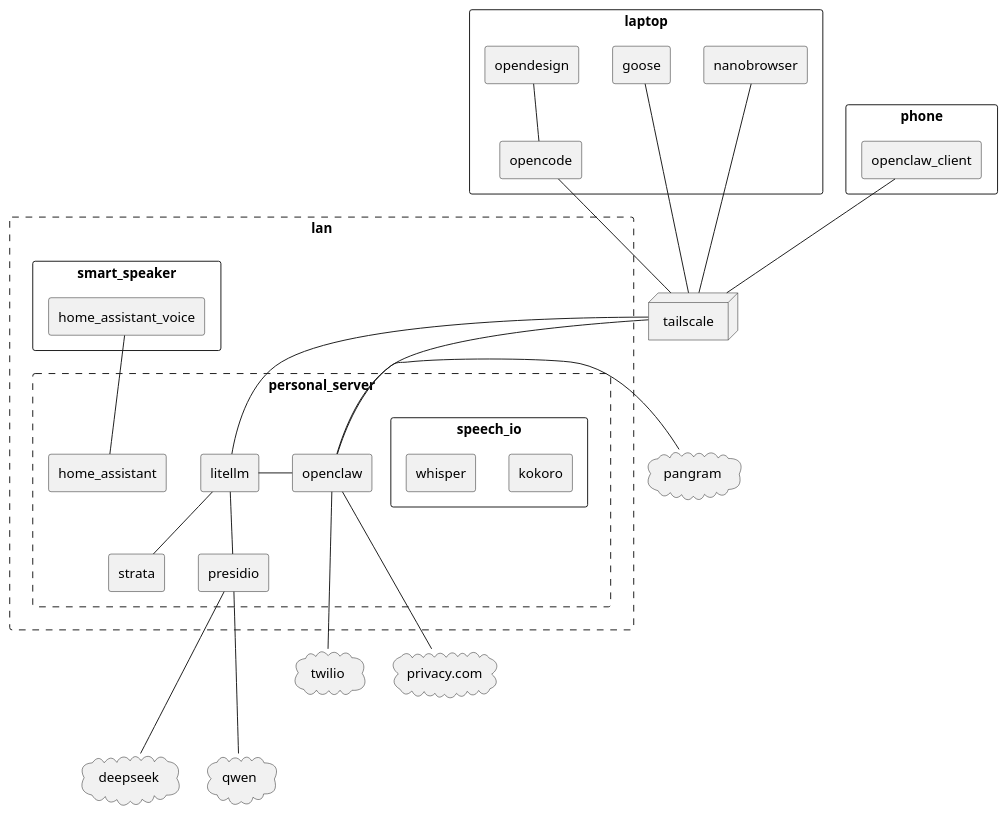
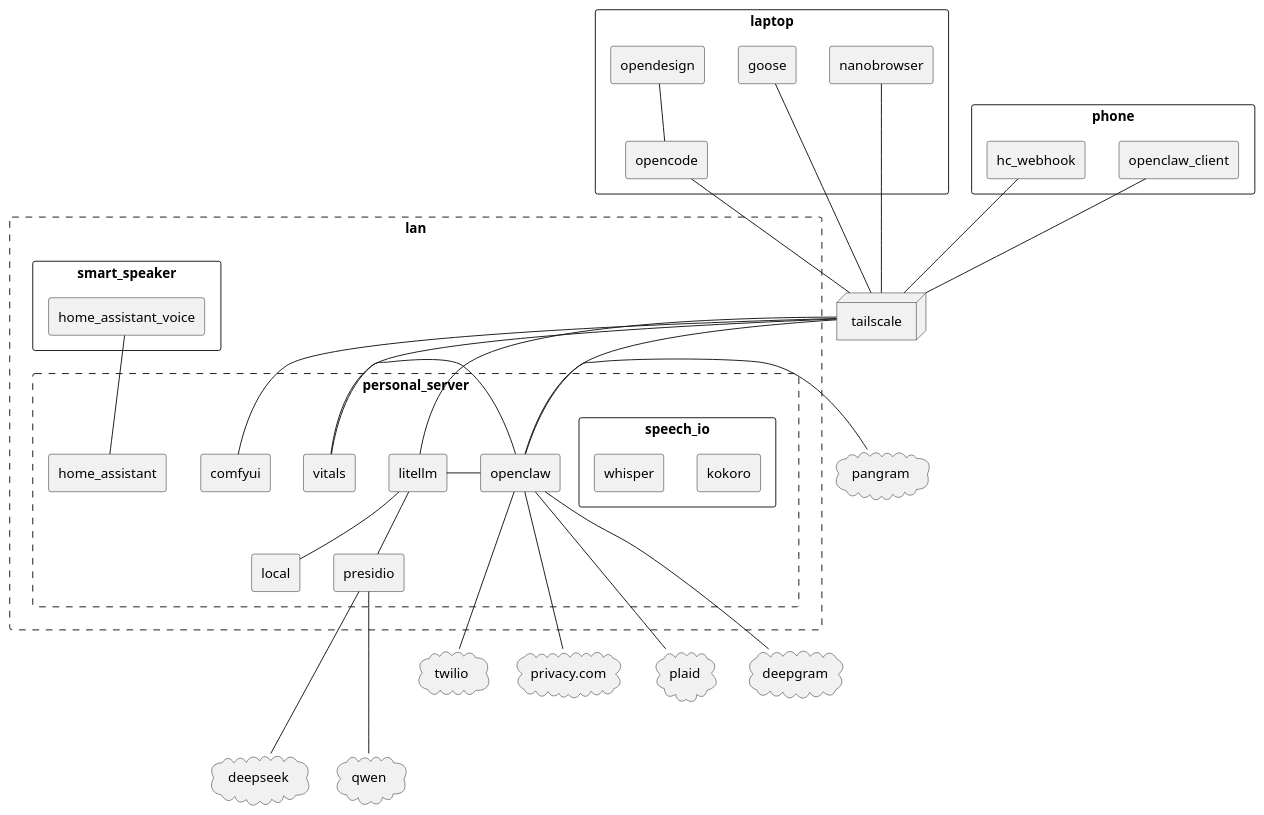
One commit to joenarvaez/negotium changed the first of 6 diagrams in readme.md. Above: the diagram before and after it, drawn with PlantUML. The commit also changed other lines of this file, not shown here.

Commit message:
Readme: local model replaces Strata; add vitals, ComfyUI, Plaid, Deepgram
Claude-Session: https://claude.ai/code/session_01Gf9knjZwjkaycqRbDqkMWL

````diff
--- a/readme.md
+++ b/readme.md
@@ -7,56 +7,67 @@
 ```plantuml
 cloud twilio
 cloud deepseek
 cloud qwen
 cloud privacy.com
 cloud pangram
+cloud plaid
+cloud deepgram
 node tailscale
 rectangle laptop {
     rectangle goose
     rectangle nanobrowser
     rectangle opencode
     rectangle nanobrowser
     rectangle opendesign
 }
 
 
 
 rectangle phone {
     rectangle openclaw_client
+    rectangle hc_webhook
 }
 rectangle lan #line.dashed {
     rectangle smart_speaker {
         rectangle home_assistant_voice
     }
     rectangle personal_server #line.dashed {
-        rectangle strata
+        rectangle local
+        rectangle vitals
+        rectangle comfyui
         rectangle openclaw
         rectangle presidio
         rectangle speech_io {
             rectangle kokoro
             rectangle whisper
         }
         rectangle home_assistant
         rectangle litellm
     }
 
 }
 
 goose -d- tailscale
 nanobrowser -d- tailscale
 opendesign -d- opencode
 opencode -d- tailscale
 openclaw_client -d- tailscale
 tailscale -d- openclaw
 tailscale -d- litellm
 litellm -d- presidio
 litellm - openclaw
-litellm -- strata
+litellm -- local
 presidio --d- deepseek
 presidio --d- qwen
 openclaw -d-- twilio
 openclaw -d-- privacy.com
 openclaw - pangram
 home_assistant_voice -d- home_assistant
+hc_webhook -d- tailscale
+tailscale -d- vitals
+vitals - openclaw
+openclaw -d-- plaid
+openclaw -d-- deepgram
+tailscale -d- comfyui
 
 ```
````
